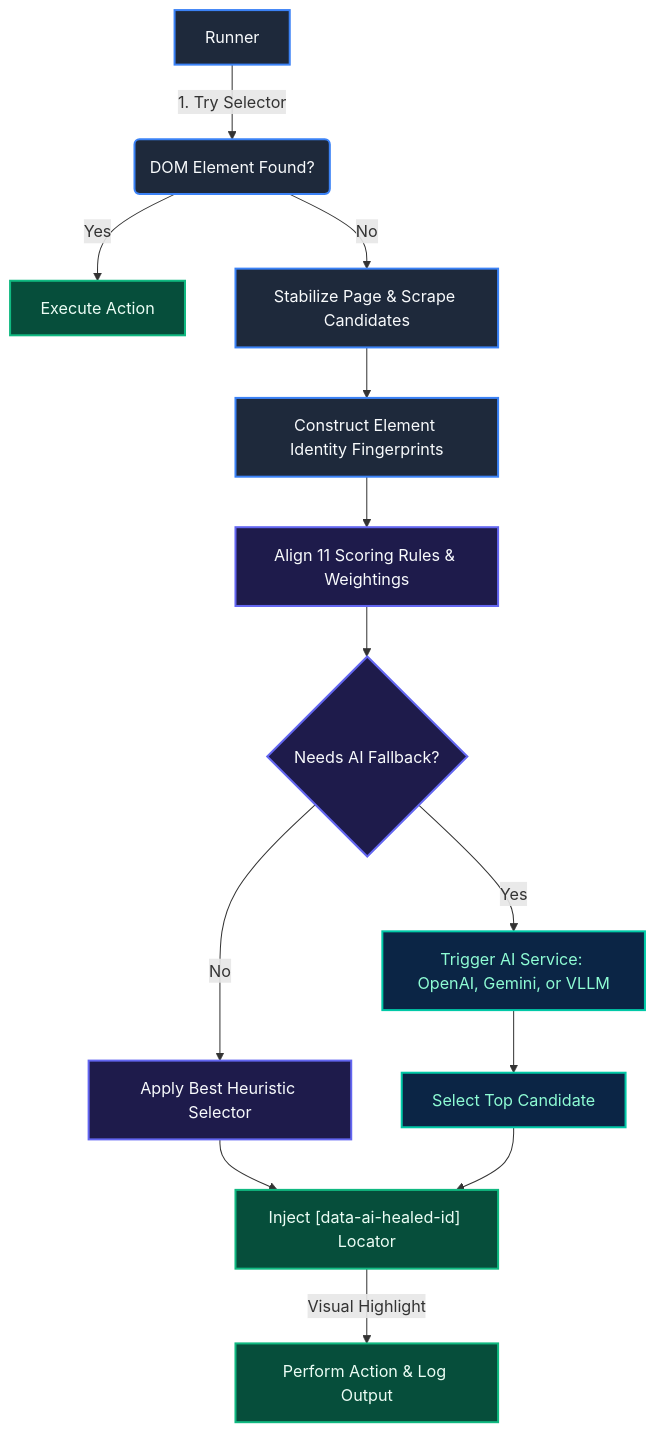
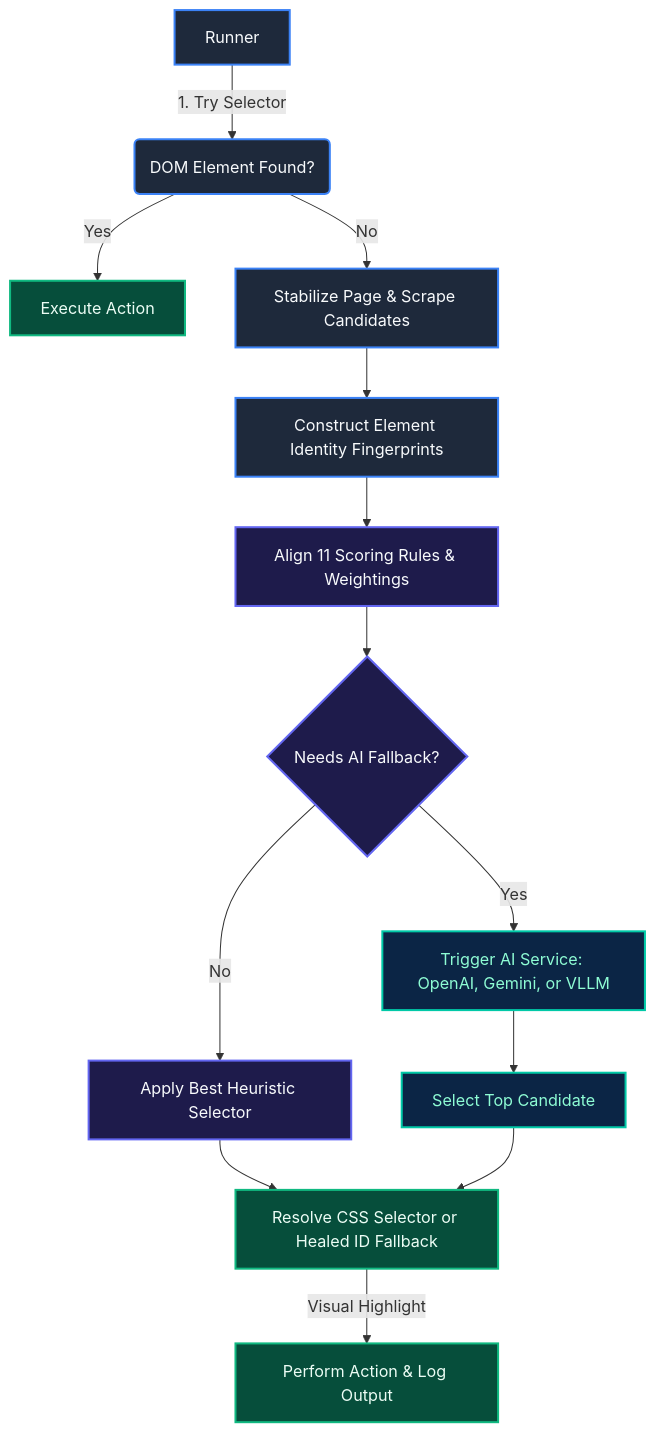
One commit to shambhoo-narwaria/reLOCATE.AI-Intelligent-Element-Recovery-Engine changed the diagram in README.md. Above: the diagram before and after it, drawn with Mermaid. The commit also changed other lines of this file and 6 other files, not shown here.

````diff
--- a/README.md
+++ b/README.md
@@ -43,21 +43,21 @@
 ```mermaid
 graph TD
     %% Custom Theme Styling
     classDef runner fill:#1e293b,stroke:#3b82f6,stroke-width:2px,color:#f8fafc;
     classDef scoring fill:#1e1b4b,stroke:#6366f1,stroke-width:2px,color:#f8fafc;
     classDef ai fill:#0b2545,stroke:#00c9a7,stroke-width:2px,color:#8efcd4;
     classDef action fill:#064e3b,stroke:#10b981,stroke-width:2px,color:#ecfdf5;
 
     A[Runner]:::runner -->|1. Try Selector| B(DOM Element Found?):::runner
     B -->|Yes| C[Execute Action]:::action
     B -->|No| D[Stabilize Page & Scrape Candidates]:::runner
     D --> E[Construct Element Identity Fingerprints]:::runner
     E --> F[Align 11 Scoring Rules & Weightings]:::scoring
     F --> G{Needs AI Fallback?}:::scoring
     G -->|No| H[Apply Best Heuristic Selector]:::scoring
     G -->|Yes| I["Trigger AI Service: OpenAI, Gemini, or VLLM"]:::ai
     I --> J[Select Top Candidate]:::ai
-    H --> K["Inject [data-ai-healed-id] Locator"]:::action
+    H --> K[Resolve CSS Selector or Healed ID Fallback]:::action
     J --> K
     K -->|Visual Highlight| L[Perform Action & Log Output]:::action
 ```
````
